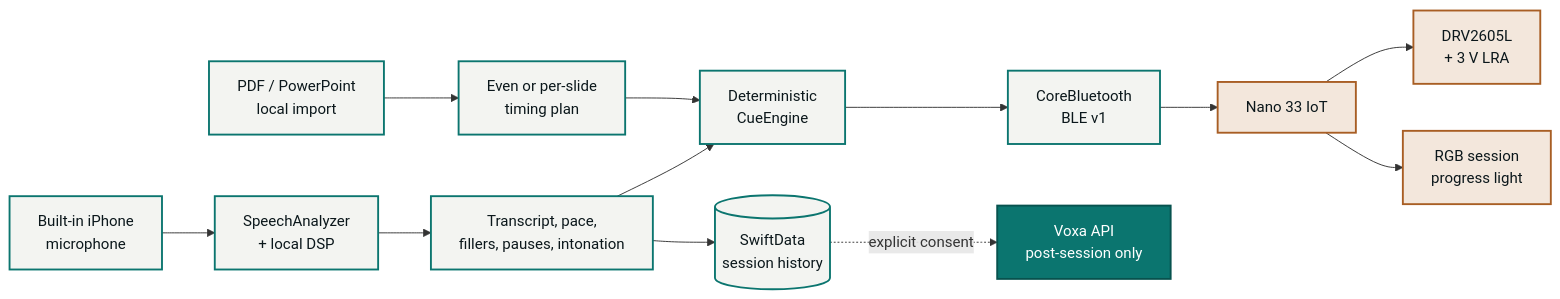
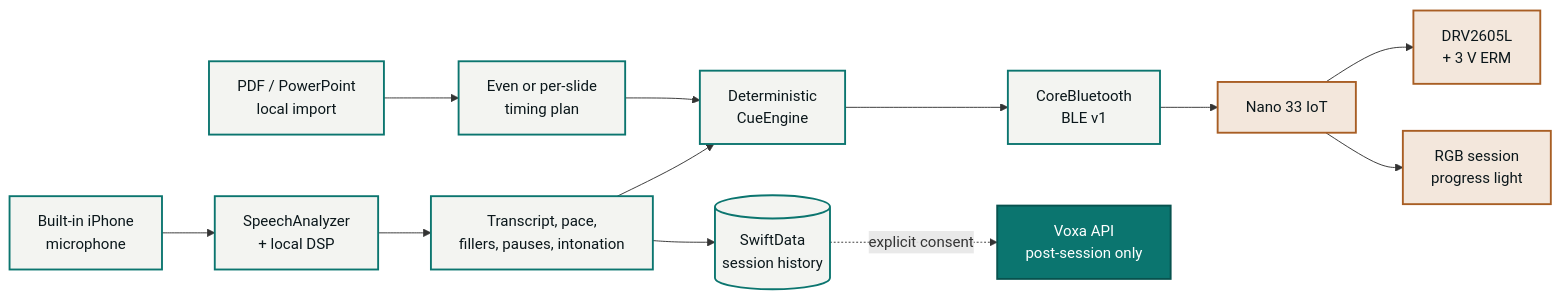
One commit to amaar-mc/voxa-cue changed the diagram in README.md. Above: the diagram before and after it, drawn with Mermaid. The commit also changed other lines of this file and 1 other file, not shown here.

Commit message:
docs(firmware): correct wearable motor specification
Update the primary setup and calibration guidance from LRA to the verified 3 V ERM motor while preserving DRV2605L RTP operation and safety limits.

````diff
--- a/README.md
+++ b/README.md
@@ -100,21 +100,21 @@
 ```mermaid
 flowchart LR
     MIC["Built-in iPhone<br/>microphone"] --> SPEECH["SpeechAnalyzer<br/>+ local DSP"]
     DECK["PDF / PowerPoint<br/>local import"] --> TIMING["Even or per-slide<br/>timing plan"]
     SPEECH --> METRICS["Transcript, pace,<br/>fillers, pauses, intonation"]
     METRICS --> ENGINE["Deterministic<br/>CueEngine"]
     TIMING --> ENGINE
     ENGINE --> BLE["CoreBluetooth<br/>BLE v1"]
     BLE --> NANO["Nano 33 IoT"]
-    NANO --> MOTOR["DRV2605L<br/>+ 3 V LRA"]
+    NANO --> MOTOR["DRV2605L<br/>+ 3 V ERM"]
     NANO --> LIGHT["RGB session<br/>progress light"]
     METRICS --> STORE[("SwiftData<br/>session history")]
     STORE -. "explicit consent" .-> API["Voxa API<br/>post-session only"]
 
     classDef phone fill:#F3F4F1,stroke:#0B756F,color:#0B171B,stroke-width:2px;
     classDef band fill:#F3E7DC,stroke:#A85E24,color:#0B171B,stroke-width:2px;
     classDef optional fill:#0B756F,stroke:#07524E,color:#ffffff,stroke-width:2px;
     class MIC,DECK,TIMING,SPEECH,METRICS,ENGINE,BLE,STORE phone;
     class NANO,MOTOR,LIGHT band;
     class API optional;
 ```
````
